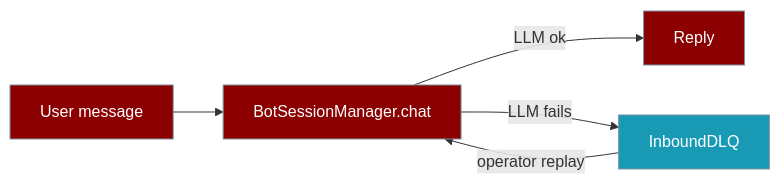
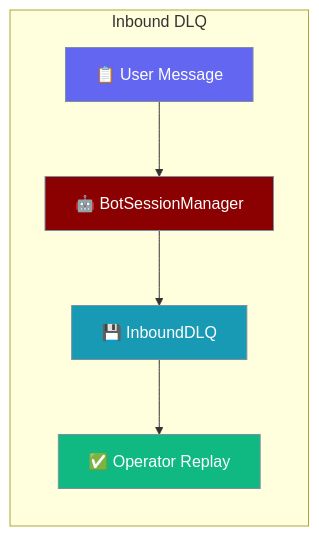
One commit to MervinPraison/PraisonAIDocs changed the first of 2 diagrams in docs/features/inbound-dlq.mdx. Above: the diagram before and after it, drawn with Mermaid. The commit also changed other lines of this file and 1 other file, not shown here.

Commit message:
docs: add graph LR hero + sequenceDiagram to history-injection, inbound-dlq (#1675)

````diff
--- a/docs/features/inbound-dlq.mdx
+++ b/docs/features/inbound-dlq.mdx
@@ -20,9 +20,17 @@
 ```mermaid
-flowchart LR
-    A[User message]:::agent --> B[BotSessionManager.chat]:::agent
-    B -->|LLM ok| C[Reply]:::agent
-    B -->|LLM fails| D[InboundDLQ]:::tool
-    D -->|operator replay| B
-    classDef agent fill:#8B0000,color:#fff,stroke:#7C90A0,stroke-width:1px;
-    classDef tool fill:#189AB4,color:#fff,stroke:#7C90A0,stroke-width:1px;
+graph LR
+    subgraph "Inbound DLQ"
+        A[📋 User Message] --> B[🤖 BotSessionManager]
+        B --> D[💾 InboundDLQ]
+        D --> C[✅ Operator Replay]
+    end
+
+    classDef input fill:#6366F1,stroke:#7C90A0,color:#fff
+    classDef agent fill:#8B0000,stroke:#7C90A0,color:#fff
+    classDef tool fill:#189AB4,stroke:#7C90A0,color:#fff
+    classDef output fill:#10B981,stroke:#7C90A0,color:#fff
+    class A input
+    class B agent
+    class D tool
+    class C output
 ```
````
